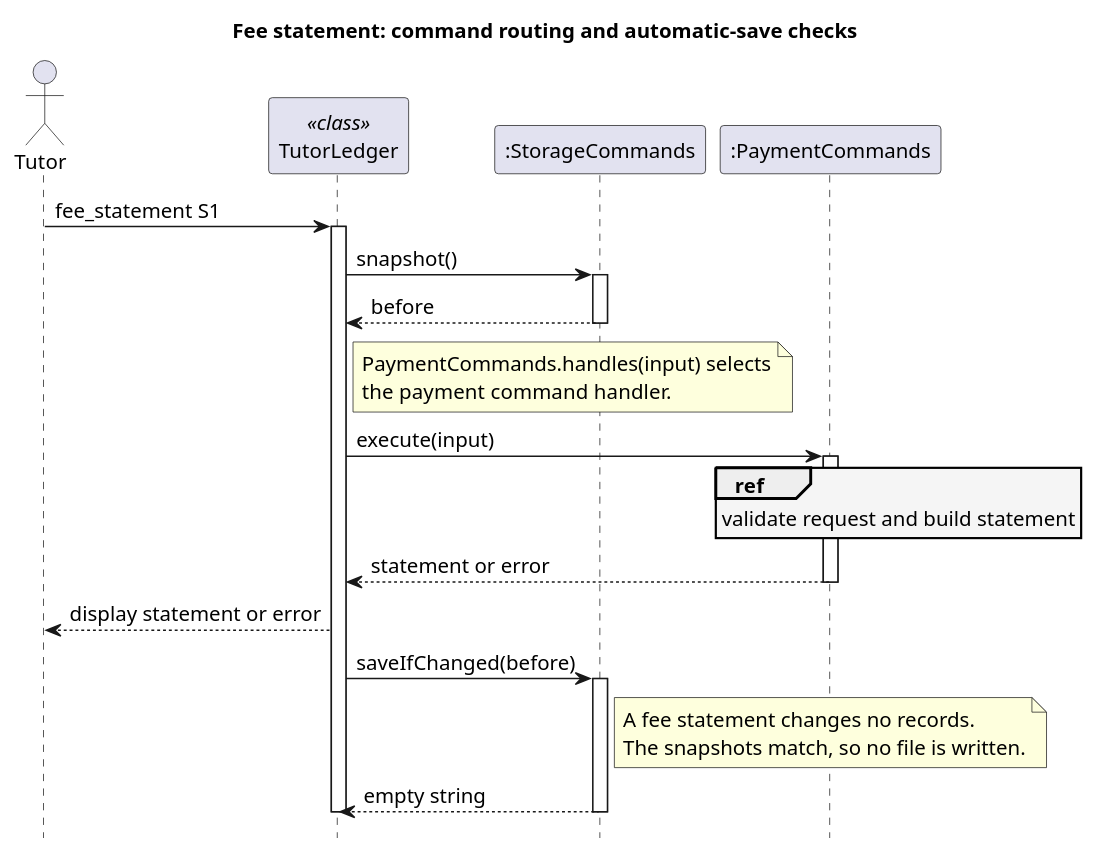
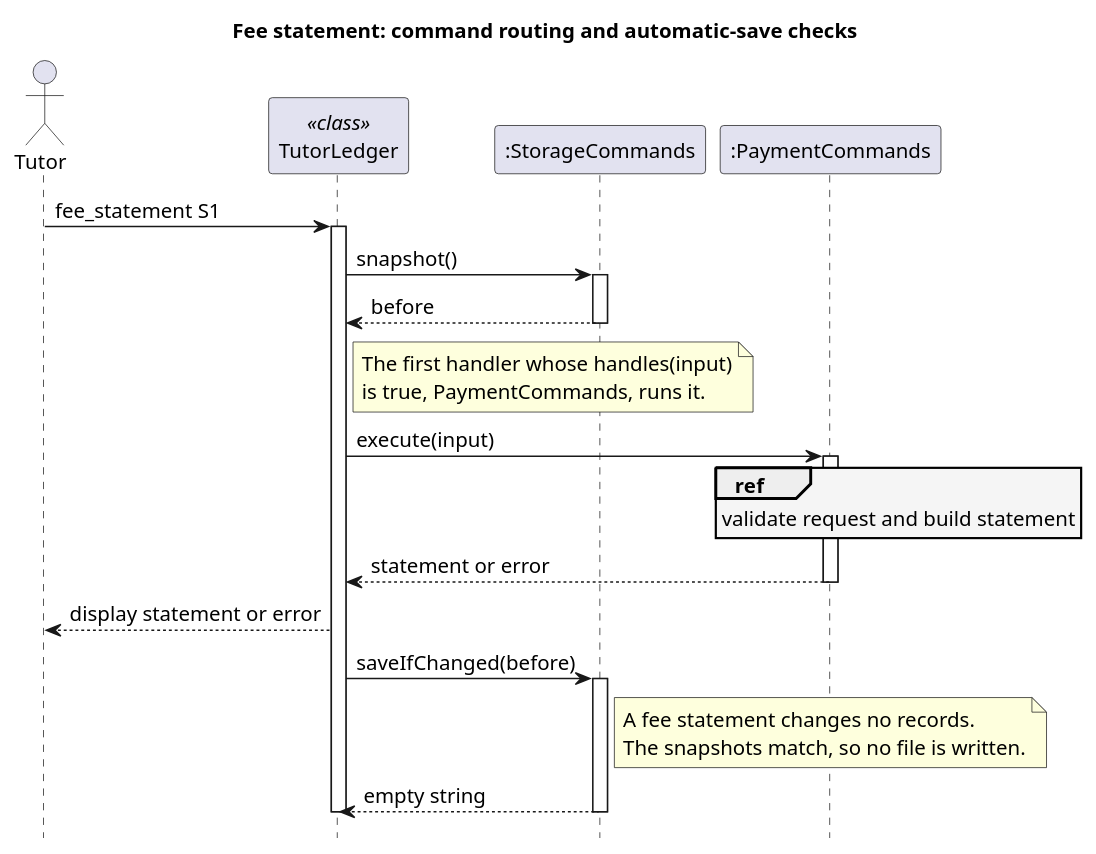
Before and after one commit to AY2627S1-CS2113-W12-2/tp: the diagram in docs/diagrams/fee-statement-overview-sequence.puml, drawn with PlantUML. The commit also changed 31 other files, not shown here.

```diff
--- a/docs/diagrams/fee-statement-overview-sequence.puml
+++ b/docs/diagrams/fee-statement-overview-sequence.puml
@@ -1,39 +1,39 @@
 @startuml
 skinparam backgroundColor white
 skinparam defaultFontSize 14
 skinparam shadowing false
 skinparam sequenceReferenceBackgroundColor #F5F5F5
 hide footbox
 title Fee statement: command routing and automatic-save checks
 
 actor Tutor
 participant "TutorLedger" as Main <<class>>
 participant ":StorageCommands" as Persistence
 participant ":PaymentCommands" as Commands
 
 Tutor -> Main : fee_statement S1
 activate Main
 Main -> Persistence : snapshot()
 activate Persistence
 Persistence --> Main : before
 deactivate Persistence
 note right of Main
-  PaymentCommands.handles(input) selects
-  the payment command handler.
+  The first handler whose handles(input)
+  is true, PaymentCommands, runs it.
 end note
 Main -> Commands : execute(input)
 activate Commands
 ref over Commands : validate request and build statement
 Commands --> Main : statement or error
 deactivate Commands
 Main --> Tutor : display statement or error
 Main -> Persistence : saveIfChanged(before)
 activate Persistence
 note right of Persistence
   A fee statement changes no records.
   The snapshots match, so no file is written.
 end note
 Persistence --> Main : empty string
 deactivate Persistence
 deactivate Main
 @enduml
```
